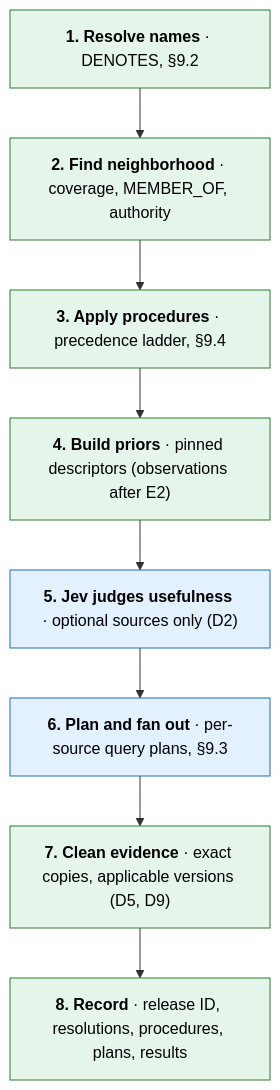
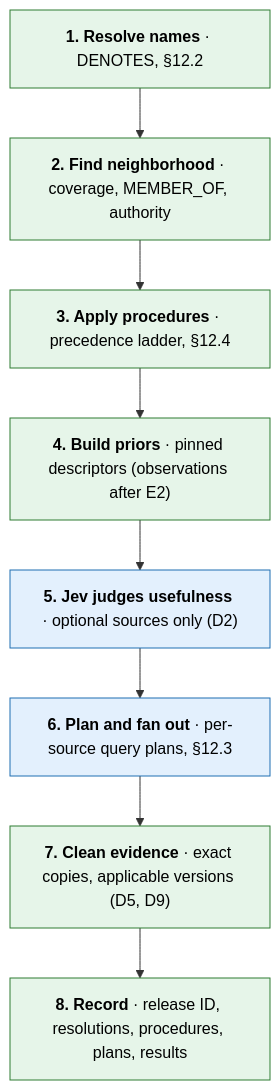
The seventh of 9 diagrams in design/intelligence-layer/memory-design.md (arunmenon/sanctum), drawn with Mermaid before and after one commit. The commit also changed other lines of this file and 11 other files, not shown here.

````diff
--- a/design/intelligence-layer/memory-design.md
+++ b/design/intelligence-layer/memory-design.md
@@ -428,16 +428,16 @@
 ```mermaid
 flowchart TB
-    S1["<b>1. Resolve names</b> · DENOTES, §9.2"] --> S2
+    S1["<b>1. Resolve names</b> · DENOTES, §12.2"] --> S2
     S2["<b>2. Find neighborhood</b> · coverage, MEMBER_OF, authority"] --> S3
-    S3["<b>3. Apply procedures</b> · precedence ladder, §9.4"] --> S4
+    S3["<b>3. Apply procedures</b> · precedence ladder, §12.4"] --> S4
     S4["<b>4. Build priors</b> · pinned descriptors (observations after E2)"] --> S5
     S5["<b>5. Jev judges usefulness</b> · optional sources only (D2)"] --> S6
-    S6["<b>6. Plan and fan out</b> · per-source query plans, §9.3"] --> S7
+    S6["<b>6. Plan and fan out</b> · per-source query plans, §12.3"] --> S7
     S7["<b>7. Clean evidence</b> · exact copies, applicable versions (D5, D9)"] --> S8
     S8["<b>8. Record</b> · release ID, resolutions, procedures, plans, results"]
 
     classDef mem fill:#e6f5e9,stroke:#2e7d32,color:#000
     classDef judge fill:#e3f0fd,stroke:#1f6fb2,color:#000
     class S1,S2,S3,S4,S7,S8 mem
     class S5,S6 judge
 ```
````
